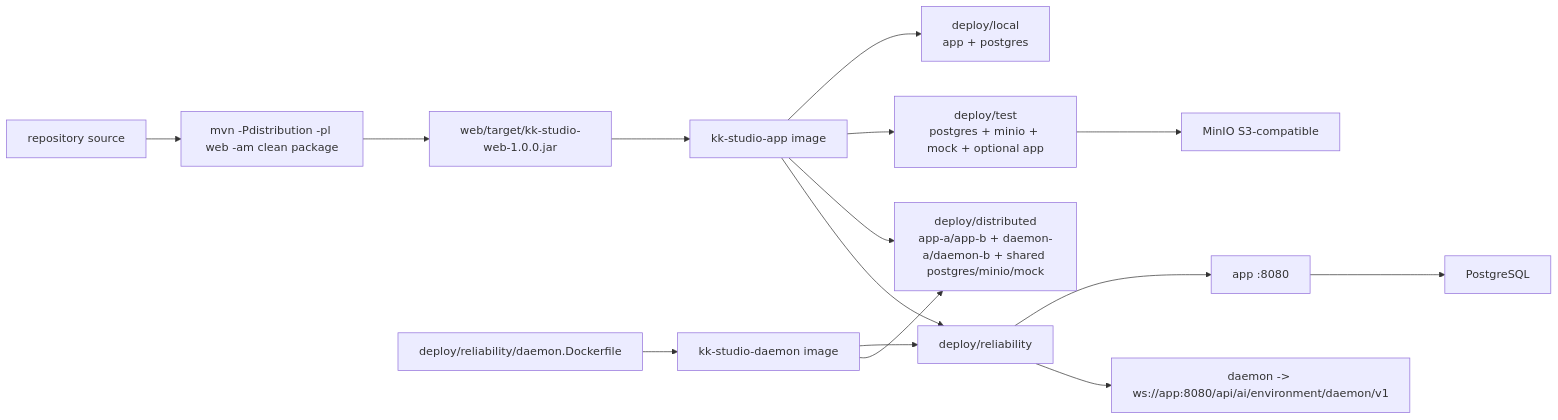
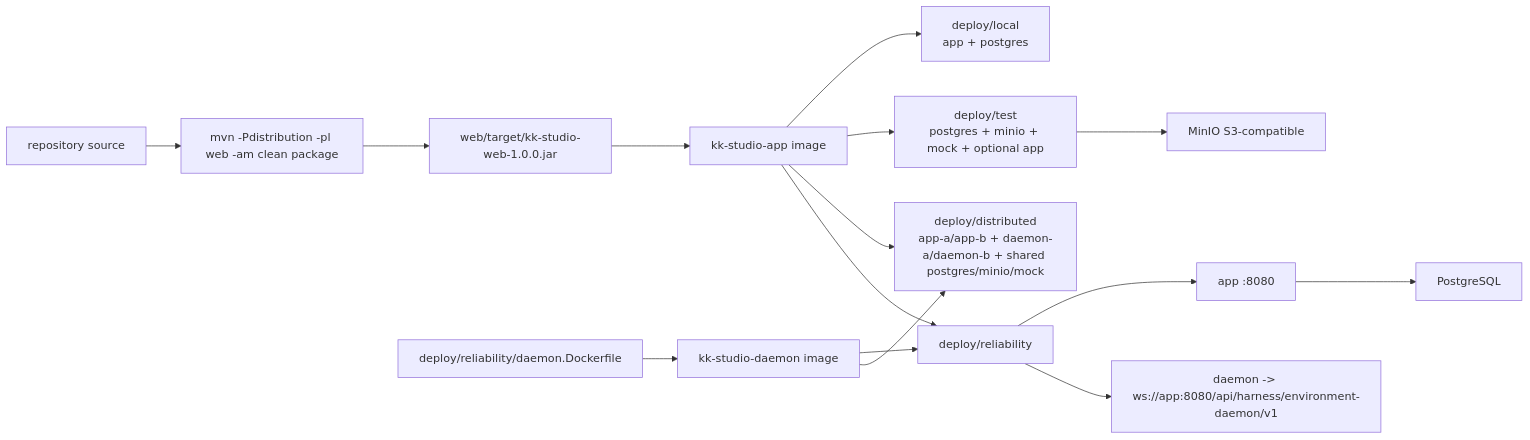
One commit to fengwk/kk-studio changed the diagram in docs/operations/deployment.md. Above: the diagram before and after it, drawn with Mermaid. The commit also changed other lines of this file and 27 other files, not shown here.

````diff
--- a/docs/operations/deployment.md
+++ b/docs/operations/deployment.md
@@ -31,17 +31,17 @@
 ```mermaid
 flowchart LR
   Source["repository source"] --> Maven["mvn -Pdistribution -pl web -am clean package"]
   Maven --> Jar["web/target/kk-studio-web-1.0.0.jar"]
   Jar --> AppImage["kk-studio-app image"]
   AppImage --> Local["deploy/local<br/>app + postgres"]
   AppImage --> Test["deploy/test<br/>postgres + minio + mock + optional app"]
   AppImage --> Distributed["deploy/distributed<br/>app-a/app-b + daemon-a/daemon-b + shared postgres/minio/mock"]
   DaemonBuild["deploy/reliability/daemon.Dockerfile"] --> DaemonImage["kk-studio-daemon image"]
   AppImage --> Reliability["deploy/reliability"]
   DaemonImage --> Reliability
   DaemonImage --> Distributed
   Reliability --> App["app :8080"]
-  Reliability --> Daemon["daemon -> ws://app:8080/api/ai/environment/daemon/v1"]
+  Reliability --> Daemon["daemon -> ws://app:8080/api/harness/environment-daemon/v1"]
   App --> PG["PostgreSQL"]
   Test --> S3["MinIO S3-compatible"]
 ```
````
